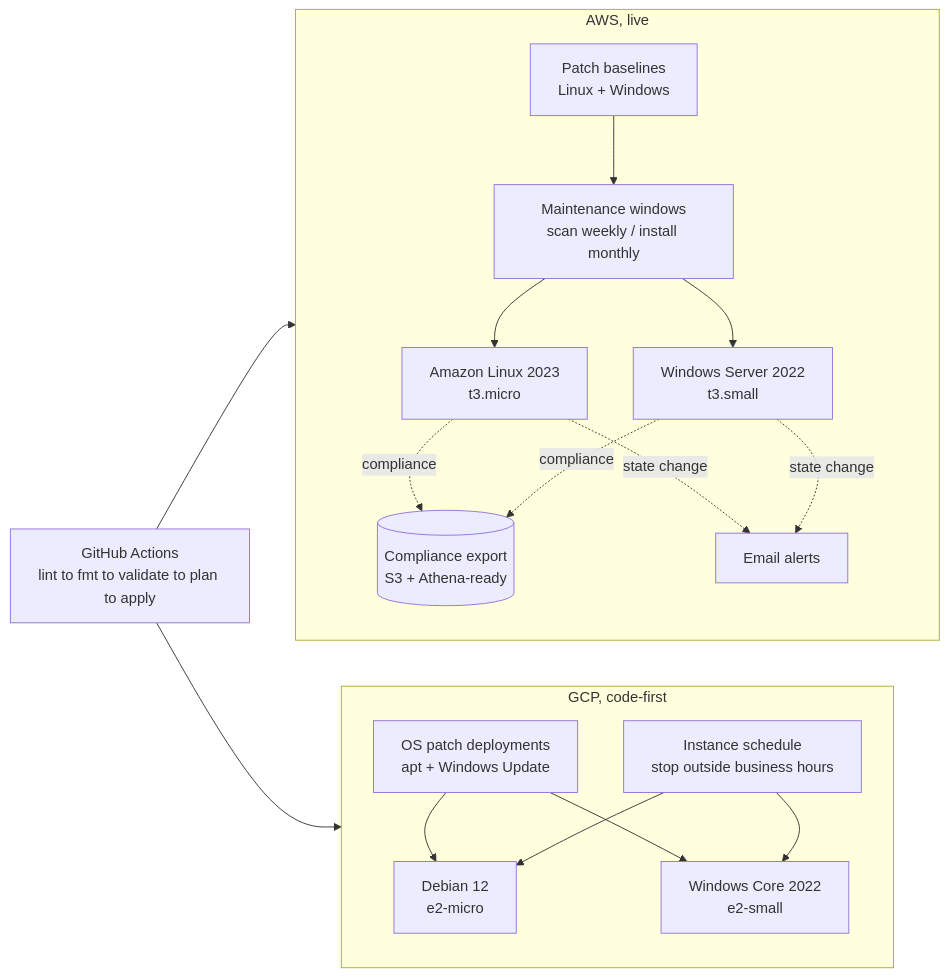
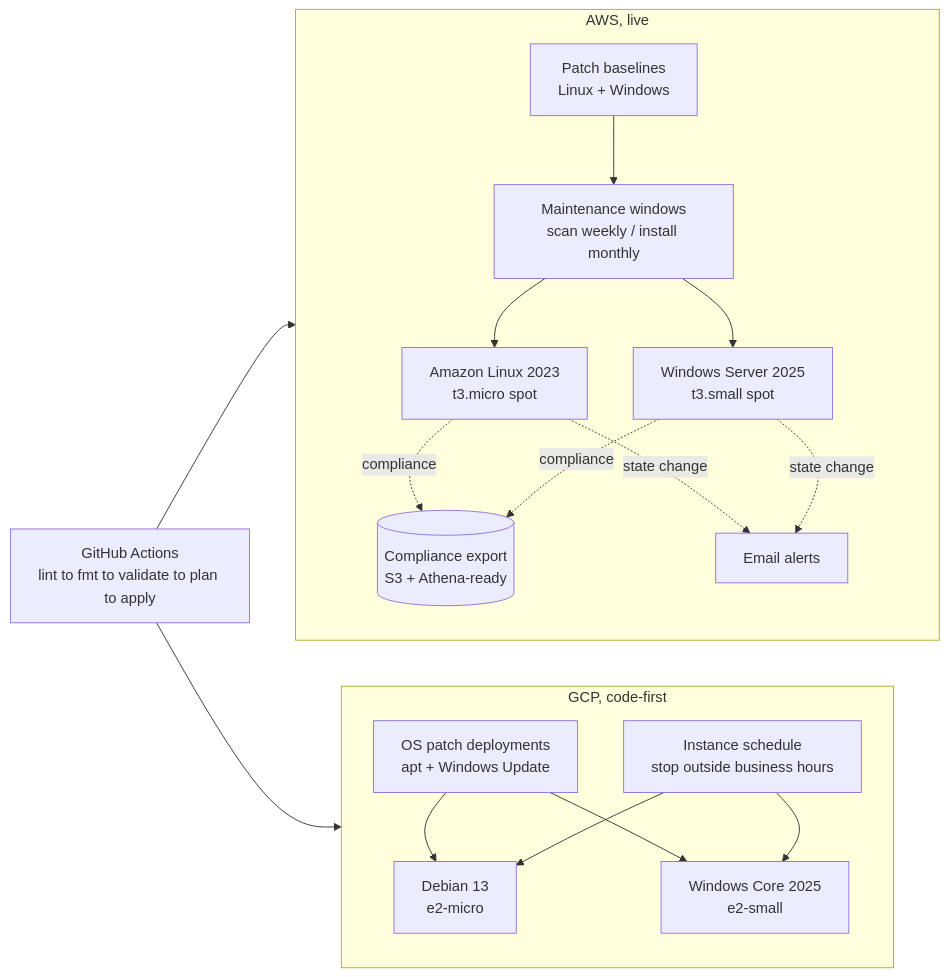
The diagram in README.md (pebrisulistiyo/cloud-patch-automation), drawn with Mermaid before and after one commit. The commit also changed other lines of this file and 18 other files, not shown here.

````diff
--- a/README.md
+++ b/README.md
@@ -20,26 +20,26 @@
 ```mermaid
 flowchart LR
     subgraph AWS[AWS, live]
         BL[Patch baselines<br/>Linux + Windows]
         MW[Maintenance windows<br/>scan weekly / install monthly]
-        VM1[Amazon Linux 2023<br/>t3.micro]
-        VM2[Windows Server 2022<br/>t3.small]
+        VM1[Amazon Linux 2023<br/>t3.micro spot]
+        VM2[Windows Server 2025<br/>t3.small spot]
         S3[(Compliance export<br/>S3 + Athena-ready)]
         SNS[Email alerts]
         MW --> VM1 & VM2
         BL --> MW
         VM1 & VM2 -. compliance .-> S3
         VM1 & VM2 -. state change .-> SNS
     end
 
     subgraph GCP[GCP, code-first]
         PD[OS patch deployments<br/>apt + Windows Update]
-        VM3[Debian 12<br/>e2-micro]
-        VM4[Windows Core 2022<br/>e2-small]
+        VM3[Debian 13<br/>e2-micro]
+        VM4[Windows Core 2025<br/>e2-small]
         SCHED[Instance schedule<br/>stop outside business hours]
         PD --> VM3 & VM4
         SCHED --> VM3 & VM4
     end
 
     GHA[GitHub Actions<br/>lint to fmt to validate to plan to apply] --> AWS & GCP
 ```
````
